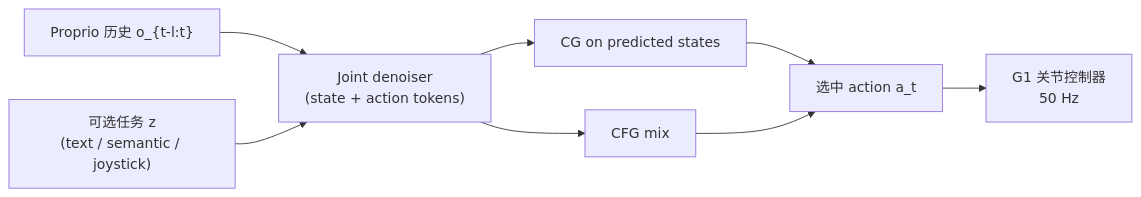
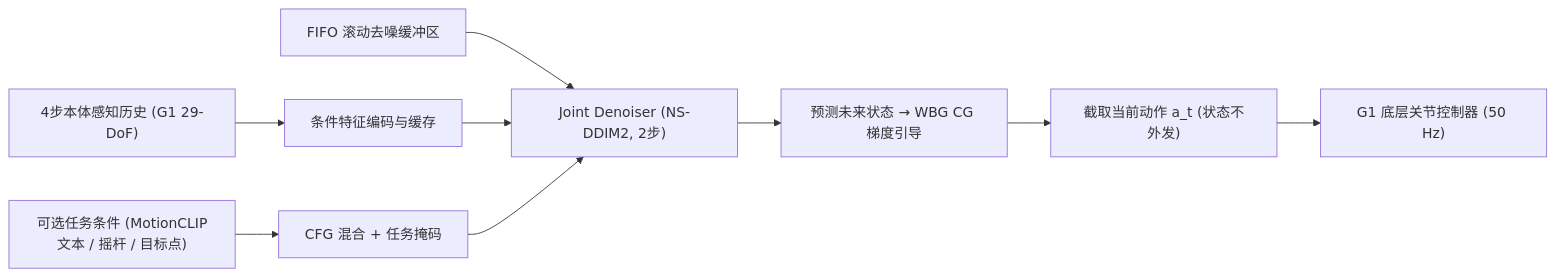
Before and after one commit to ImChong/Robotics_Notebooks: the first of 2 diagrams in wiki/entities/paper-predactor.md, drawn with Mermaid. The commit also changed other lines of this file and 51 other files, not shown here.

````diff
--- a/wiki/entities/paper-predactor.md
+++ b/wiki/entities/paper-predactor.md
@@ -68,17 +83,11 @@
 ```mermaid
 flowchart LR
-  prop["Proprio 历史 o_{t-l:t}"]
-  task["可选任务 z\n(text / semantic / joystick)"]
-  denoise["Joint denoiser\n(state + action tokens)"]
-  cg["CG on predicted states"]
-  cfg["CFG mix"]
-  act["选中 action a_t"]
-  wbc["G1 关节控制器\n50 Hz"]
-  prop --> denoise
-  task --> denoise
-  denoise --> cg
-  denoise --> cfg
-  cg --> act
-  cfg --> act
-  act --> wbc
+  prop["4步本体感知历史 (G1 29-DoF)"] --> enc["条件特征编码与缓存"]
+  task["可选任务条件 (MotionCLIP文本 / 摇杆 / 目标点)"] --> cfg["CFG 混合 + 任务掩码"]
+  buf["FIFO 滚动去噪缓冲区"] --> den["Joint Denoiser (NS-DDIM2, 2步)"]
+  enc --> den
+  cfg --> den
+  den --> wbg["预测未来状态 → WBG CG 梯度引导"]
+  wbg --> act["截取当前动作 a_t (状态不外发)"]
+  act --> g1["G1 底层关节控制器 (50 Hz)"]
 ```
````
